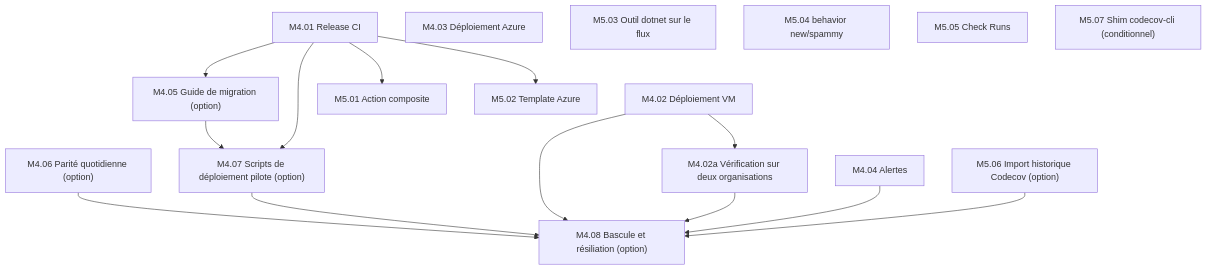
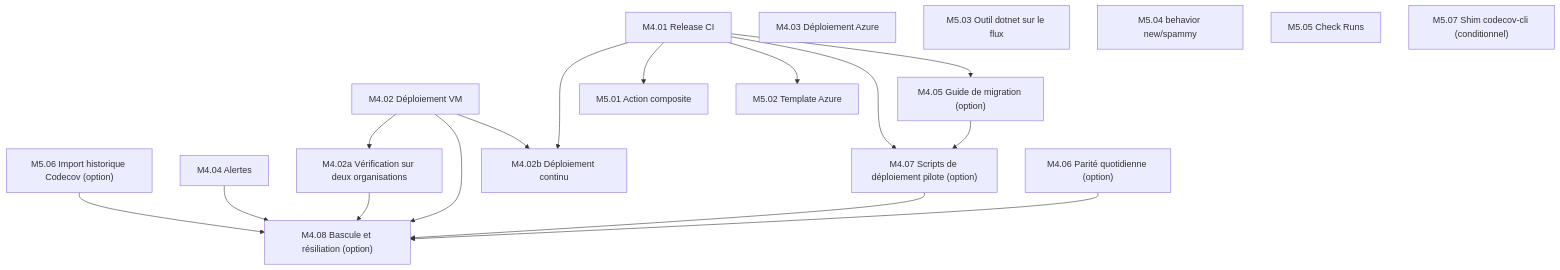
The sixth of 6 diagrams in docs/PLAN.md (gaetanthouvenin/code-coverage), drawn with Mermaid before and after one commit. The commit also changed other lines of this file, not shown here.

````diff
--- a/docs/PLAN.md
+++ b/docs/PLAN.md
@@ -431,23 +431,25 @@
 ```mermaid
 graph TD
   M4_01["M4.01 Release CI"]
   M4_02["M4.02 Déploiement VM"]
   M4_03["M4.03 Déploiement Azure"]
   M4_04["M4.04 Alertes"]
   M4_05["M4.05 Guide de migration (option)"] --> M4_07["M4.07 Scripts de déploiement pilote (option)"]
   M4_06["M4.06 Parité quotidienne (option)"] --> M4_08["M4.08 Bascule et résiliation (option)"]
   M4_07 --> M4_08
   M4_01 --> M4_07
   M4_01 --> M4_05
   M4_02 --> M4_08
   M4_02 --> M4_02a["M4.02a Vérification sur deux organisations"]
+  M4_01 --> M4_02b["M4.02b Déploiement continu"]
+  M4_02 --> M4_02b
   M4_02a --> M4_08
   M4_04 --> M4_08
   M4_01 --> M5_01["M5.01 Action composite"]
   M4_01 --> M5_02["M5.02 Template Azure"]
   M5_03["M5.03 Outil dotnet sur le flux"]
   M5_04["M5.04 behavior new/spammy"]
   M5_05["M5.05 Check Runs"]
   M5_06["M5.06 Import historique Codecov (option)"] --> M4_08
   M5_07["M5.07 Shim codecov-cli (conditionnel)"]
 ```
````
